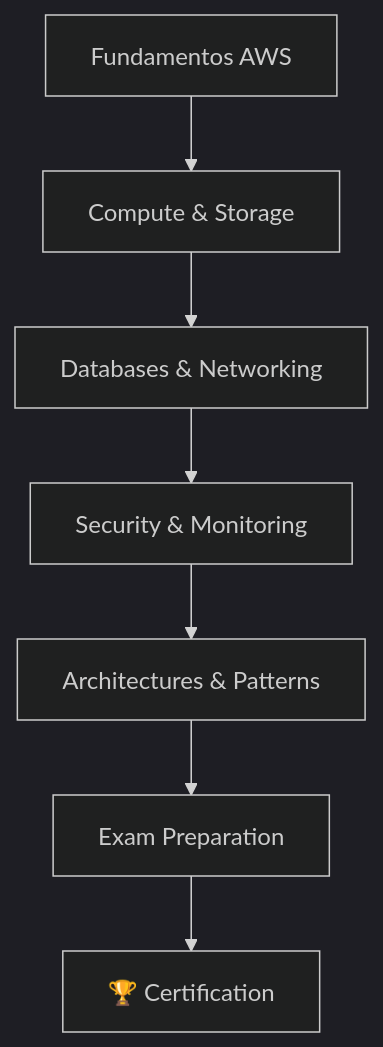
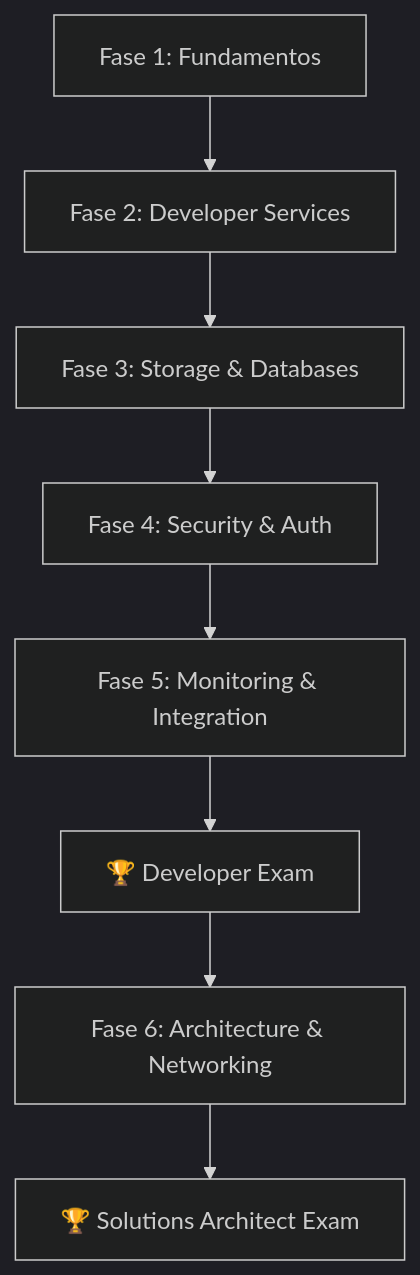
The diagram in 01 Indice General/MOC - AWS.md (andressep95/ObsidianVault), drawn with Mermaid (dark theme) before and after one commit. The commit also changed other lines of this file, not shown here.

````diff
--- a/01 Indice General/MOC - AWS.md
+++ b/01 Indice General/MOC - AWS.md
@@ -20,9 +27,10 @@
 ```mermaid
 graph TD
-    A[Fundamentos AWS] --> B[Compute & Storage]
-    B --> C[Databases & Networking]
-    C --> D[Security & Monitoring]
-    D --> E[Architectures & Patterns]
-    E --> F[Exam Preparation]
-    F --> G[🏆 Certification]
+    A[Fase 1: Fundamentos] --> B[Fase 2: Developer Services]
+    B --> C[Fase 3: Storage & Databases]
+    C --> D[Fase 4: Security & Auth]
+    D --> E[Fase 5: Monitoring & Integration]
+    E --> F[🏆 Developer Exam]
+    F --> G[Fase 6: Architecture & Networking]
+    G --> H[🏆 Solutions Architect Exam]
 ```
````
